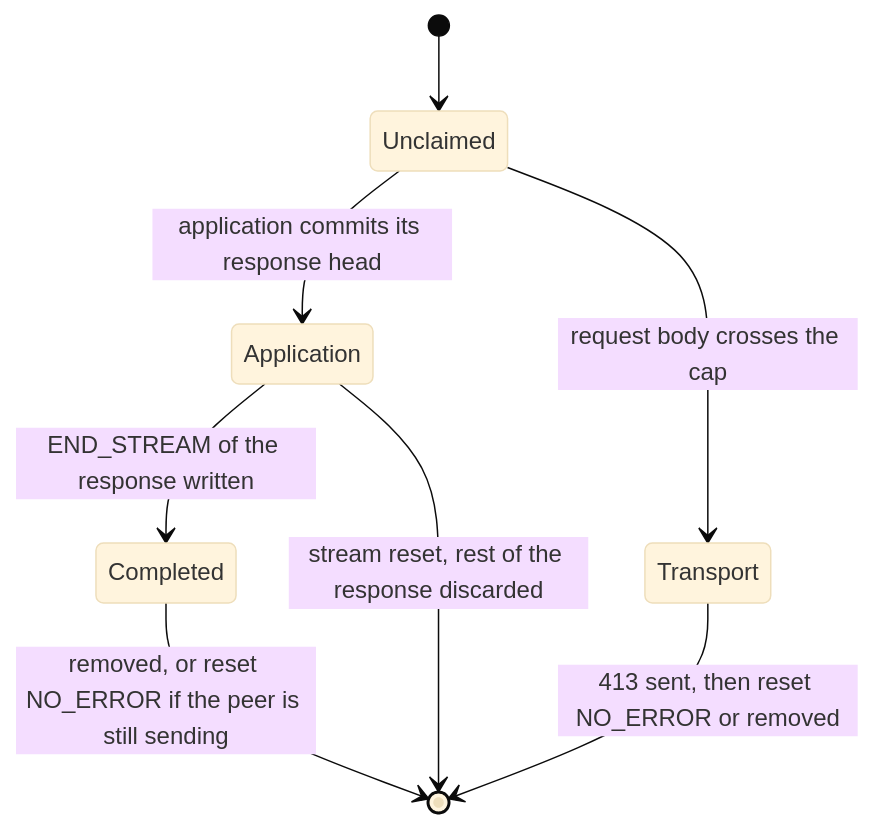
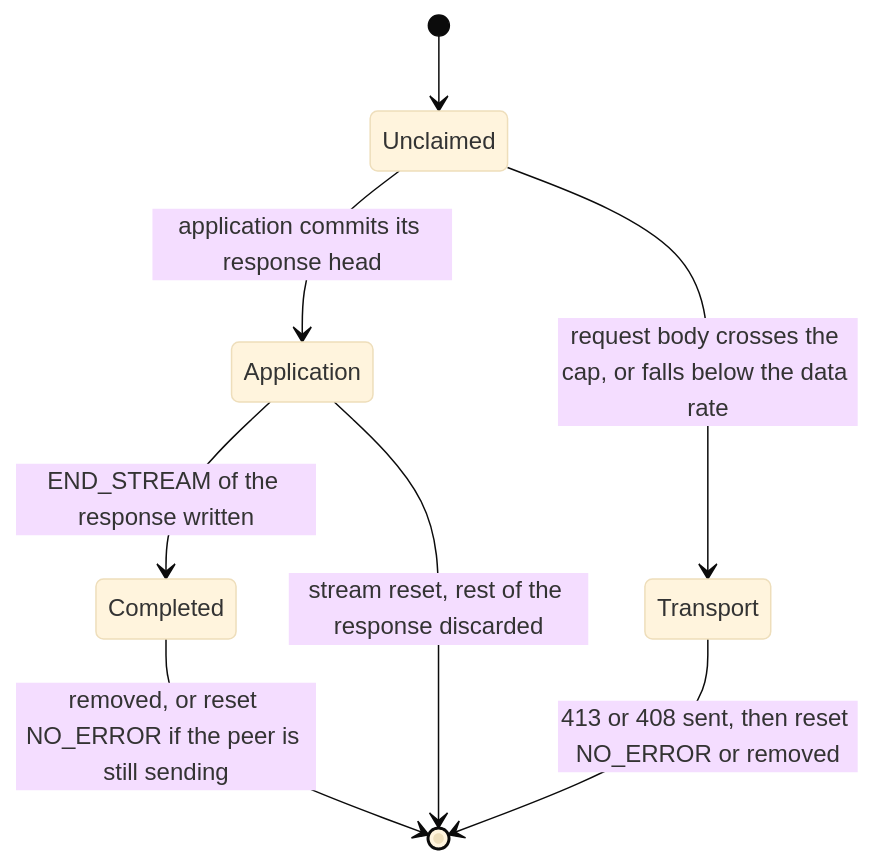
One commit to assimalign/cohesion changed the second of 4 diagrams in libraries/Http/Assimalign.Cohesion.Http.Connections/docs/DESIGN.md. Above: the diagram before and after it, drawn with Mermaid (base theme). The commit also changed other lines of this file and 8 other files, not shown here.

````diff
--- a/libraries/Http/Assimalign.Cohesion.Http.Connections/docs/DESIGN.md
+++ b/libraries/Http/Assimalign.Cohesion.Http.Connections/docs/DESIGN.md
@@ -2599,10 +2612,10 @@
 ```mermaid
 stateDiagram-v2
     [*] --> Unclaimed
     Unclaimed --> Application: application commits its response head
-    Unclaimed --> Transport: request body crosses the cap
+    Unclaimed --> Transport: request body crosses the cap, or falls below the data rate
     Application --> Completed: END_STREAM of the response written
     Application --> [*]: stream reset, rest of the response discarded
-    Transport --> [*]: 413 sent, then reset NO_ERROR or removed
+    Transport --> [*]: 413 or 408 sent, then reset NO_ERROR or removed
     Completed --> [*]: removed, or reset NO_ERROR if the peer is still sending
 ```
````
